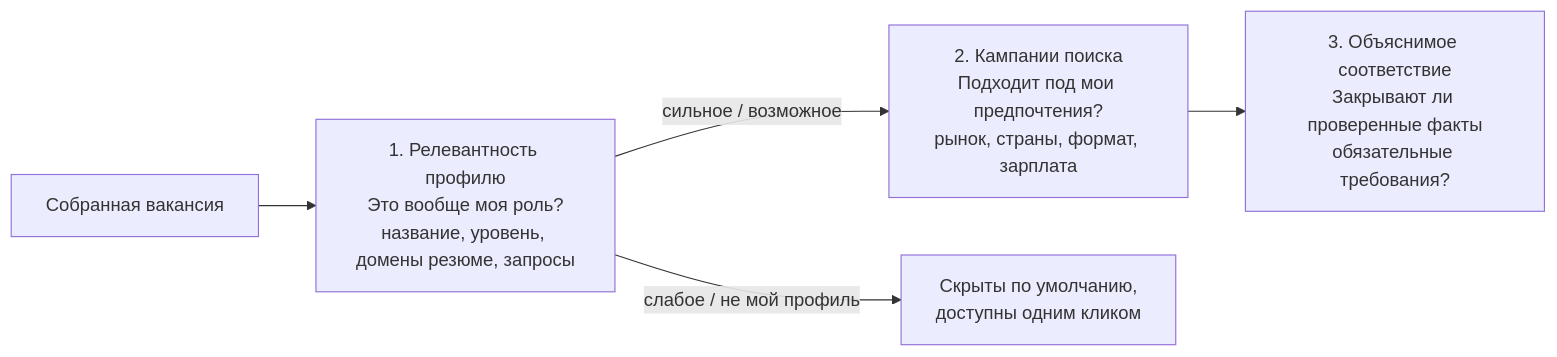
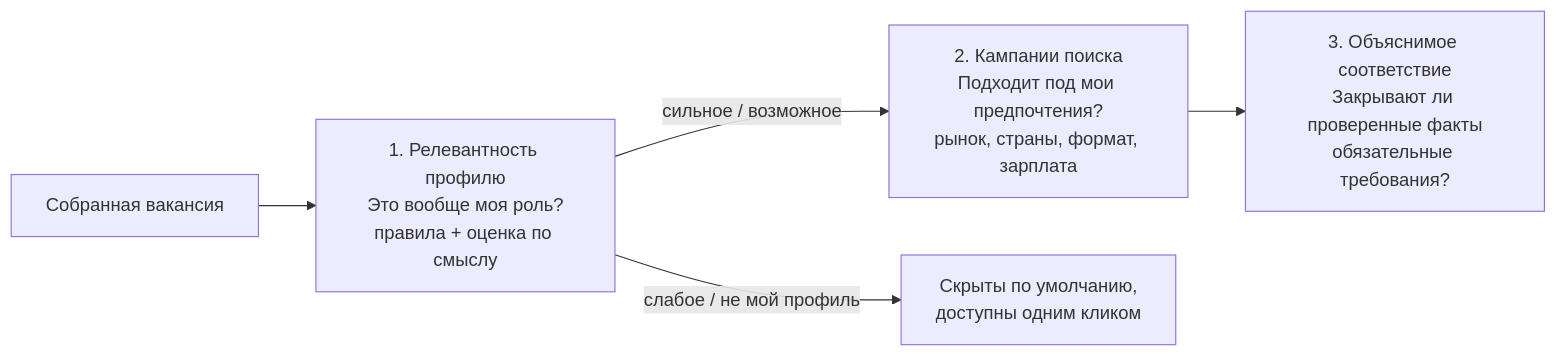
The diagram in docs/ru/RELEVANCE.md (eiler2005/career-copilot), drawn with Mermaid before and after one commit. The commit also changed other lines of this file and 26 other files, not shown here.

````diff
--- a/docs/ru/RELEVANCE.md
+++ b/docs/ru/RELEVANCE.md
@@ -11,7 +14,7 @@
 ```mermaid
 flowchart LR
-  V["Собранная вакансия"] --> R["1. Релевантность профилю<br/>Это вообще моя роль?<br/>название, уровень, домены резюме, запросы"]
+  V["Собранная вакансия"] --> R["1. Релевантность профилю<br/>Это вообще моя роль?<br/>правила + оценка по смыслу"]
   R -- "сильное / возможное" --> C["2. Кампании поиска<br/>Подходит под мои предпочтения?<br/>рынок, страны, формат, зарплата"]
   R -- "слабое / не мой профиль" --> H["Скрыты по умолчанию,<br/>доступны одним кликом"]
   C --> F["3. Объяснимое соответствие<br/>Закрывают ли проверенные факты<br/>обязательные требования?"]
 ```
````
